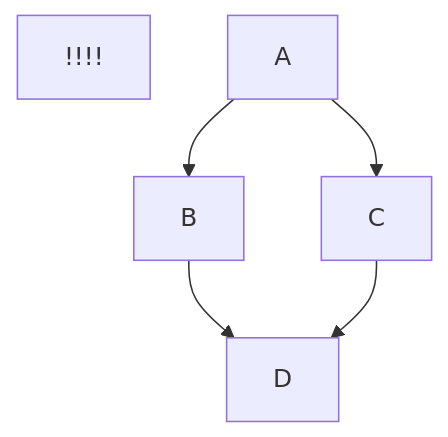
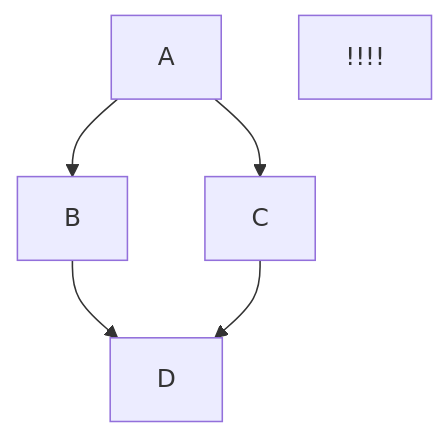
The diagram in mermaidInMarkdown.md (srmibextesting/mibex-testing-repo), drawn with Mermaid before and after one commit.

````diff
--- a/mermaidInMarkdown.md
+++ b/mermaidInMarkdown.md
@@ -3,7 +3,7 @@
 ```mermaid
-graph TD;!!!!
-    A-->B;
+graph TD;
+    A-->B;!!!!
     A-->C;
     B-->D;
     C-->D;
 ```
````
